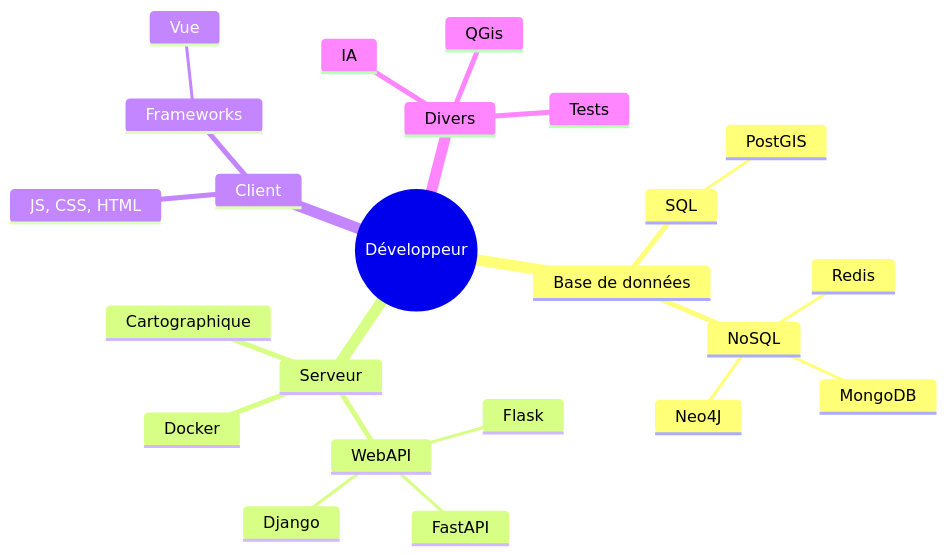
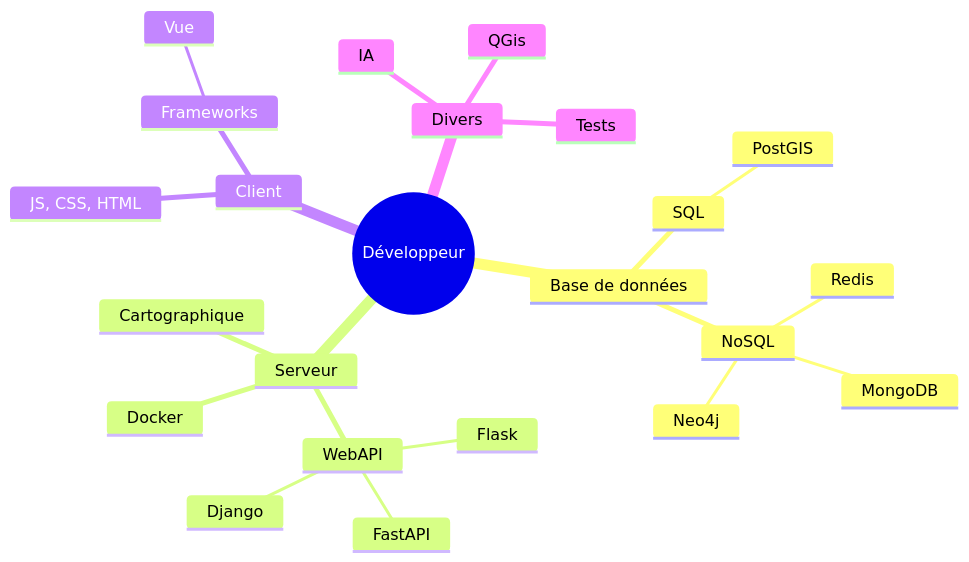
The diagram in _pages/fr/index.md (voirinprof/voirinprof.github.io), drawn with Mermaid before and after one commit. The commit also changed other lines of this file and 3 other files, not shown here.

```diff
--- a/_pages/fr/index.md
+++ b/_pages/fr/index.md
@@ -17,32 +17,41 @@
 <pre class="mermaid">
       mindmap
   root((Développeur))
     :::firstblock
     Base de données
     :::secondblock
       SQL
+      :::thirdblock
         PostGIS
       NoSQL
+      :::thirdblock
         Redis
         MongoDB
-        Neo4J
+        Neo4j
     Serveur
     :::secondblock
       Docker
-        
+      :::thirdblock
       WebAPI
+      :::thirdblock
         Flask
         FastAPI
         Django
       Cartographique
+      :::thirdblock
     Client
     :::secondblock
       JS, CSS, HTML
+      :::thirdblock
       Frameworks
+      :::thirdblock
         Vue
     Divers
     :::secondblock
       IA
+      :::thirdblock
       QGis
+      :::thirdblock
       Tests
+      :::thirdblock
     </pre>
```
